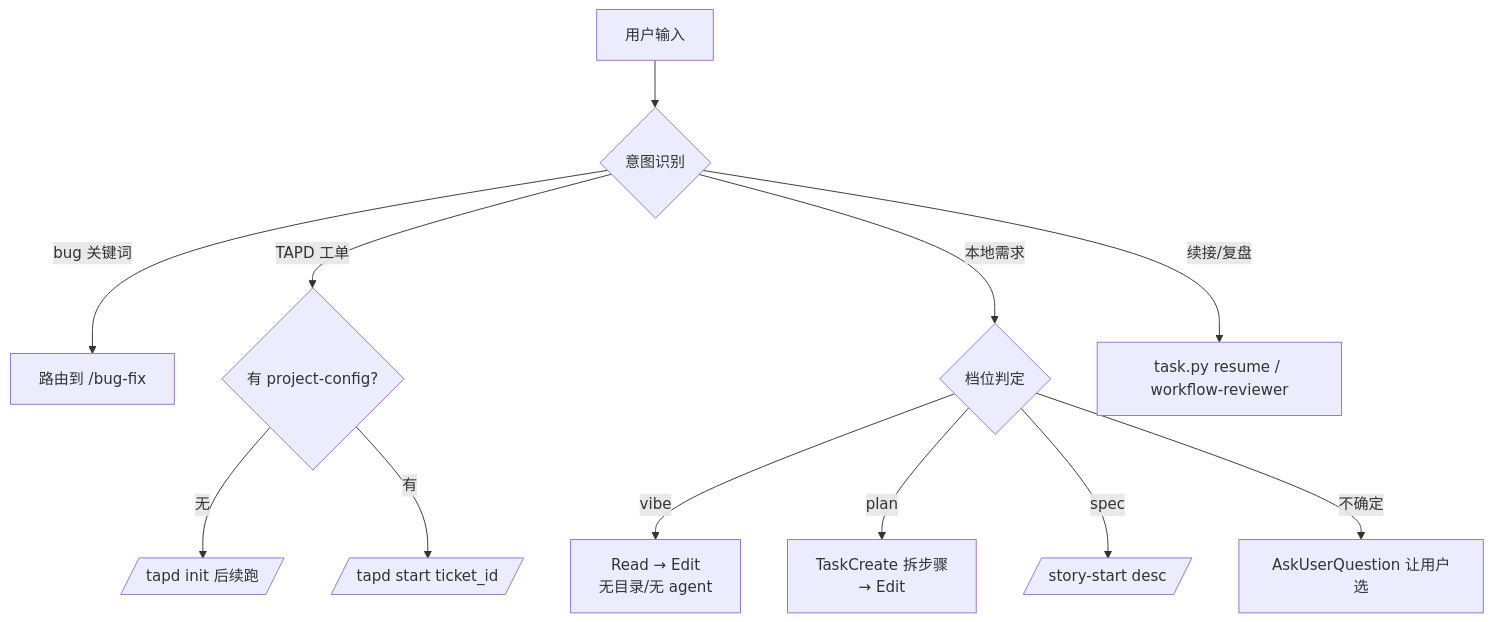
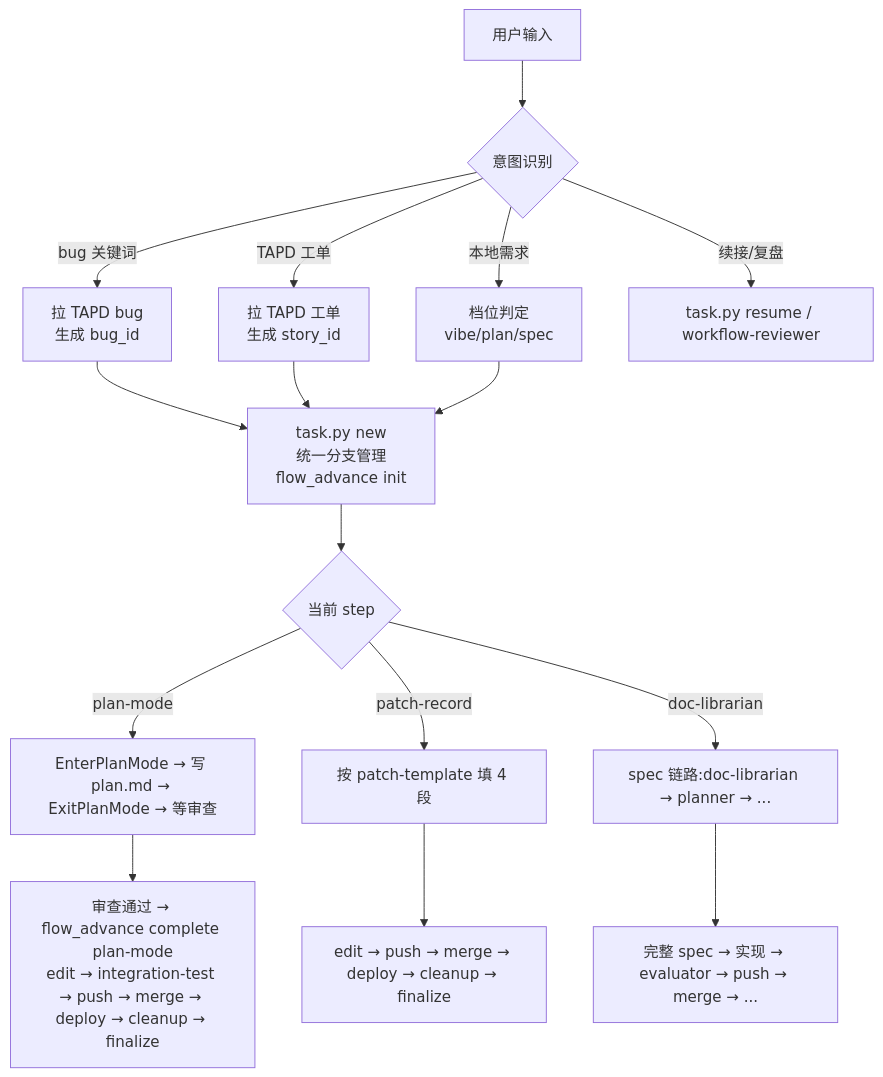
One commit to dd-xiaozhi/dev-agent-flow changed the diagram in .claude/commands/start-dev-flow.md. Above: the diagram before and after it, drawn with Mermaid. The commit also changed other lines of this file and 44 other files, not shown here.

````diff
--- a/.claude/commands/start-dev-flow.md
+++ b/.claude/commands/start-dev-flow.md
@@ -47,14 +49,18 @@
 ```mermaid
 flowchart TD
     A[用户输入] --> B{意图识别}
-    B -->|bug 关键词| C[路由到 /bug-fix]
-    B -->|TAPD 工单| D{有 project-config?}
-    B -->|本地需求| E{档位判定}
+    B -->|bug 关键词| C1[拉 TAPD bug<br/>生成 bug_id]
+    B -->|TAPD 工单| C2[拉 TAPD 工单<br/>生成 story_id]
+    B -->|本地需求| C3[档位判定<br/>vibe/plan/spec]
     B -->|续接/复盘| F[task.py resume / workflow-reviewer]
-    D -->|无| G[/tapd init 后续跑/]
-    D -->|有| H[/tapd start ticket_id/]
-    E -->|vibe| I[Read → Edit<br/>无目录/无 agent]
-    E -->|plan| J[TaskCreate 拆步骤<br/>→ Edit]
-    E -->|spec| K[/story-start desc/]
-    E -->|不确定| L[AskUserQuestion 让用户选]
+    C1 --> D[task.py new<br/>统一分支管理<br/>flow_advance init]
+    C2 --> D
+    C3 --> D
+    D --> E{当前 step}
+    E -->|plan-mode| P[EnterPlanMode → 写 plan.md → ExitPlanMode → 等审查]
+    E -->|patch-record| V[按 patch-template 填 4 段]
+    E -->|doc-librarian| S[spec 链路:doc-librarian → planner → ...]
+    P --> G[审查通过 → flow_advance complete plan-mode<br/>edit → integration-test → push → merge → deploy → cleanup → finalize]
+    V --> H[edit → push → merge → deploy → cleanup → finalize]
+    S --> I[完整 spec → 实现 → evaluator → push → merge → ...]
 ```
````
